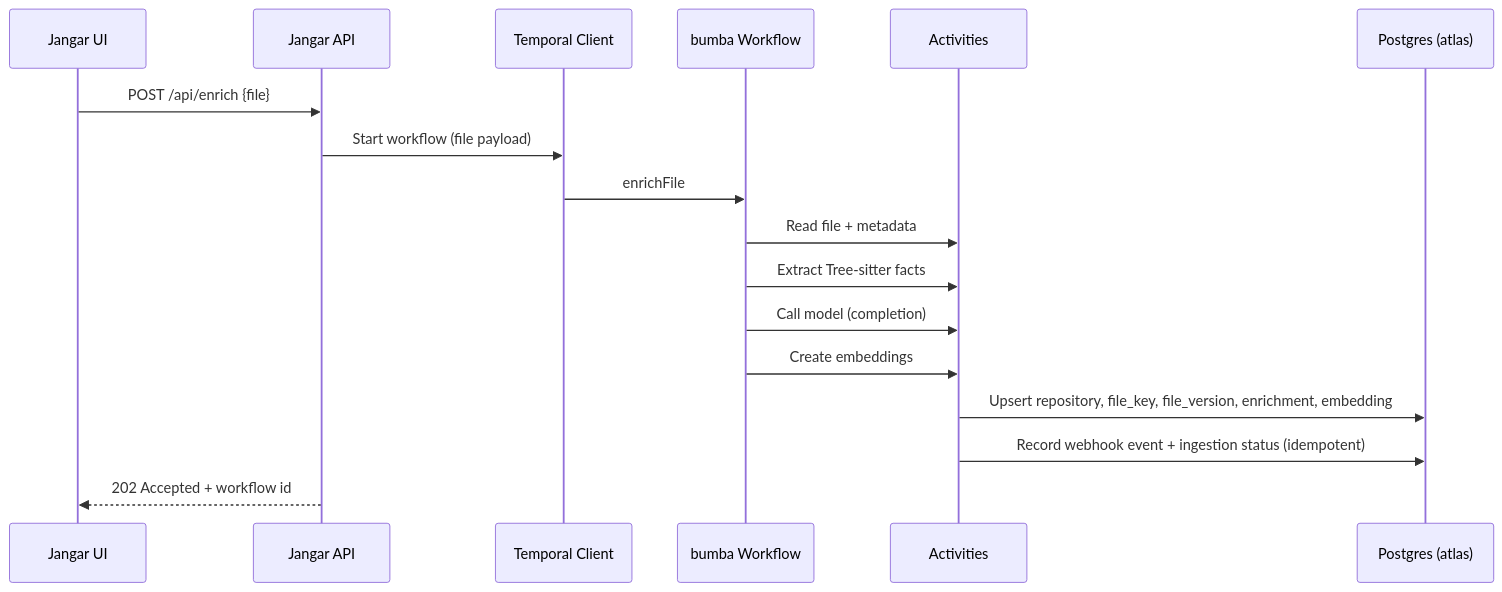
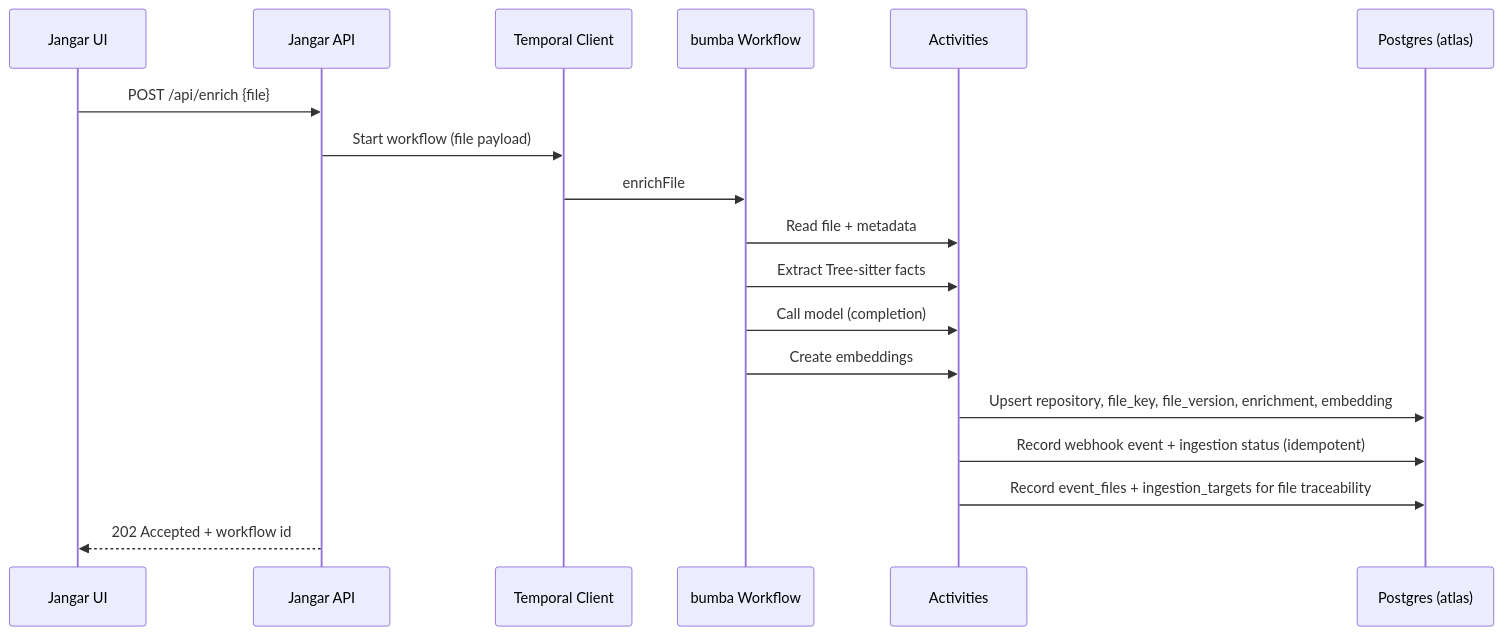
Before and after one commit to proompteng/lab: the third of 3 diagrams in docs/atlas-indexing.md, drawn with Mermaid. The commit also changed other lines of this file, not shown here.

Commit message:
docs(atlas): document ingestion tracking updates

````diff
--- a/docs/atlas-indexing.md
+++ b/docs/atlas-indexing.md
@@ -253,20 +253,21 @@
 ```mermaid
 sequenceDiagram
   participant UI as Jangar UI
   participant API as Jangar API
   participant TC as Temporal Client
   participant WF as bumba Workflow
   participant ACT as Activities
   participant DB as Postgres (atlas)
 
   UI->>API: POST /api/enrich {file}
   API->>TC: Start workflow (file payload)
   TC->>WF: enrichFile
   WF->>ACT: Read file + metadata
   WF->>ACT: Extract Tree‑sitter facts
   WF->>ACT: Call model (completion)
   WF->>ACT: Create embeddings
   ACT->>DB: Upsert repository, file_key, file_version, enrichment, embedding
   ACT->>DB: Record webhook event + ingestion status (idempotent)
+  ACT->>DB: Record event_files + ingestion_targets for file traceability
   API-->>UI: 202 Accepted + workflow id
 ```
````
